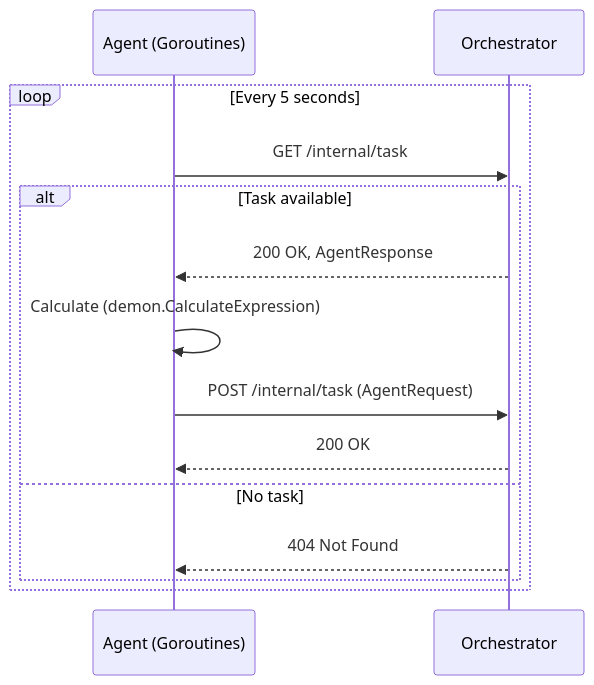
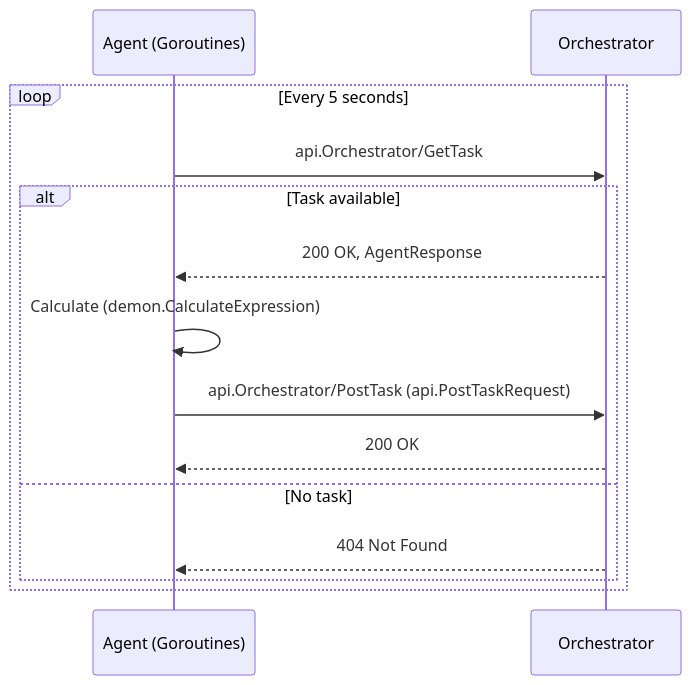
The first of 2 diagrams in README.md (lazarevFedor/sprint2Final), drawn with Mermaid before and after one commit. The commit also changed other lines of this file, not shown here.

````diff
--- a/README.md
+++ b/README.md
@@ -239,17 +233,17 @@
 ```mermaid
 sequenceDiagram
 participant A as Agent (Goroutines)
 participant O as Orchestrator
 
     loop Every 5 seconds
-        A->>O: GET /internal/task
+        A->>O: api.Orchestrator/GetTask
         alt Task available
             O-->>A: 200 OK, AgentResponse
             A->>A: Calculate (demon.CalculateExpression)
-            A->>O: POST /internal/task (AgentRequest)
+            A->>O: api.Orchestrator/PostTask (api.PostTaskRequest)
             O-->>A: 200 OK
         else No task
             O-->>A: 404 Not Found
         end
     end
 ```
````
